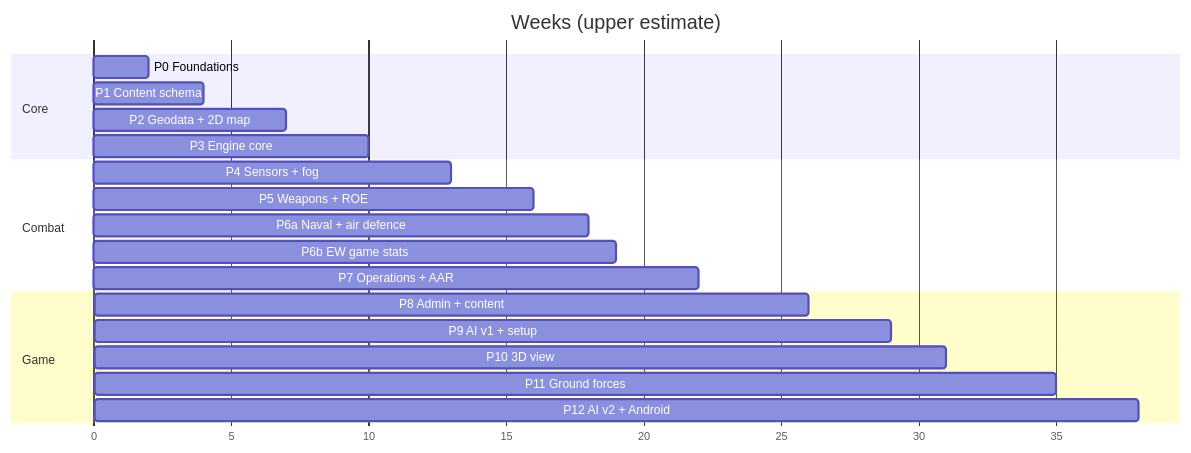
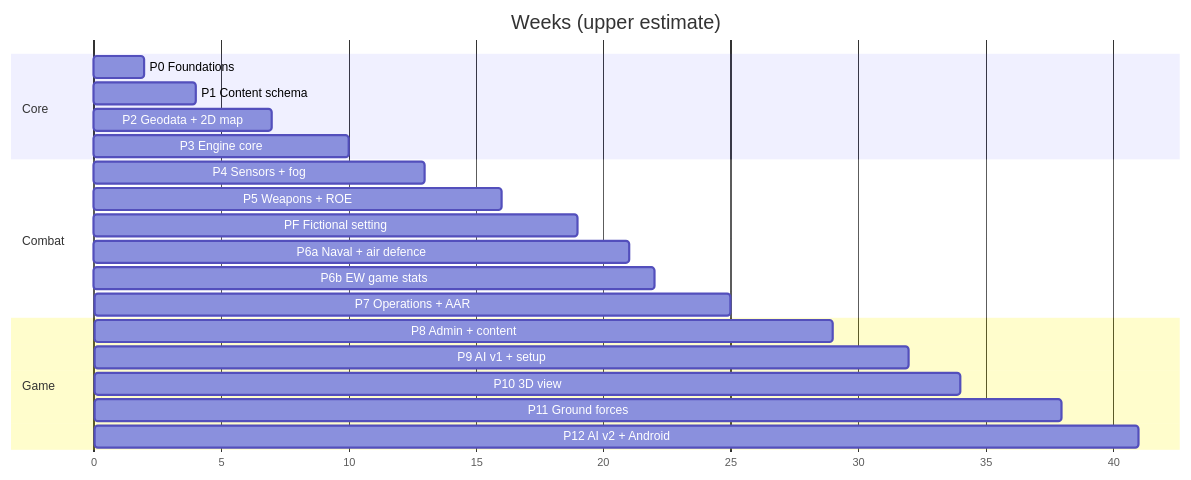
One commit to vinaymoger1836/warboard changed the diagram in docs/08-roadmap-and-risks.md. Above: the diagram before and after it, drawn with Mermaid. The commit also changed other lines of this file and 6 other files, not shown here.

First line of the commit message:
Refactor game setting to fictional nations on real terrain; update ADRs and roadmap accordingly

````diff
--- a/docs/08-roadmap-and-risks.md
+++ b/docs/08-roadmap-and-risks.md
@@ -27,23 +28,24 @@
 ```mermaid
 gantt
   dateFormat X
   axisFormat %s
   title Weeks (upper estimate)
   section Core
   P0 Foundations        :0, 2
   P1 Content schema     :2, 4
   P2 Geodata + 2D map   :4, 7
   P3 Engine core        :7, 10
   section Combat
   P4 Sensors + fog      :10, 13
   P5 Weapons + ROE      :13, 16
-  P6a Naval + air defence :16, 18
-  P6b EW game stats     :18, 19
-  P7 Operations + AAR   :19, 22
+  PF Fictional setting  :16, 19
+  P6a Naval + air defence :19, 21
+  P6b EW game stats     :21, 22
+  P7 Operations + AAR   :22, 25
   section Game
-  P8 Admin + content    :22, 26
-  P9 AI v1 + setup      :26, 29
-  P10 3D view           :29, 31
-  P11 Ground forces     :31, 35
-  P12 AI v2 + Android   :35, 38
+  P8 Admin + content    :25, 29
+  P9 AI v1 + setup      :29, 32
+  P10 3D view           :32, 34
+  P11 Ground forces     :34, 38
+  P12 AI v2 + Android   :38, 41
 ```
````
